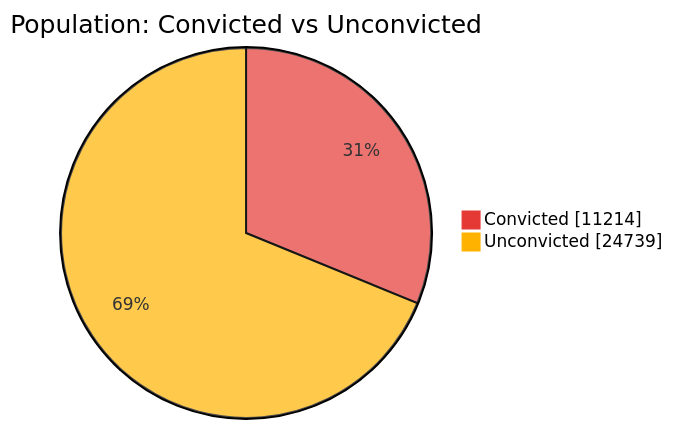
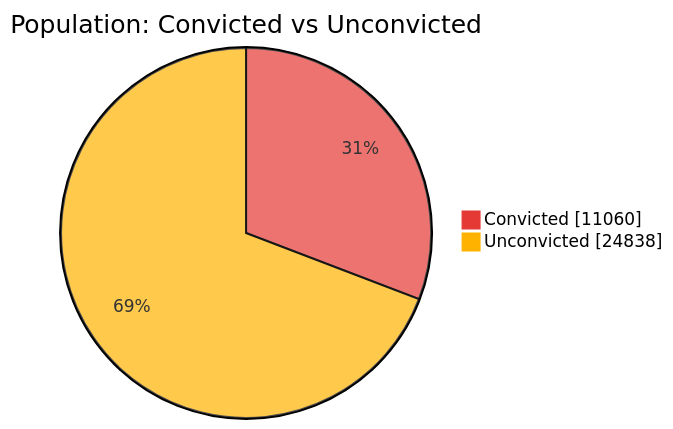
The first of 7 diagrams in README.md (nuuuwan/lk_prisons), drawn with Mermaid before and after one commit. The commit also changed other lines of this file and 1 other file, not shown here.

````diff
--- a/README.md
+++ b/README.md
@@ -43,6 +43,6 @@
 ```mermaid
 %%{init: {'themeVariables': {'pie1': '#E53935', 'pie2': '#FFB300'}}}%%
 pie showData title Population: Convicted vs Unconvicted
-    "Convicted" : 11214
-    "Unconvicted" : 24739
+    "Convicted" : 11060
+    "Unconvicted" : 24838
 ```
````
